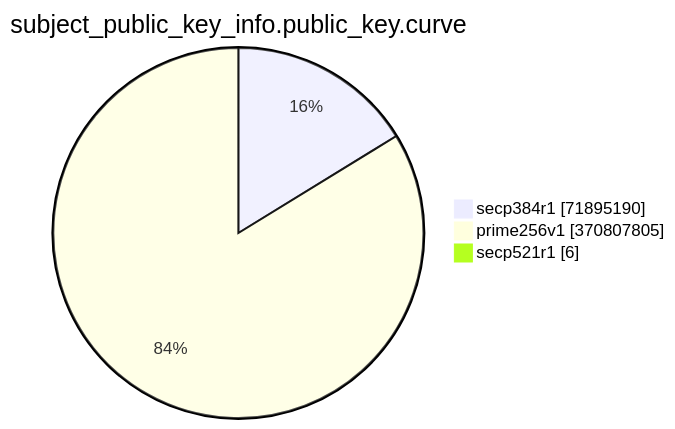
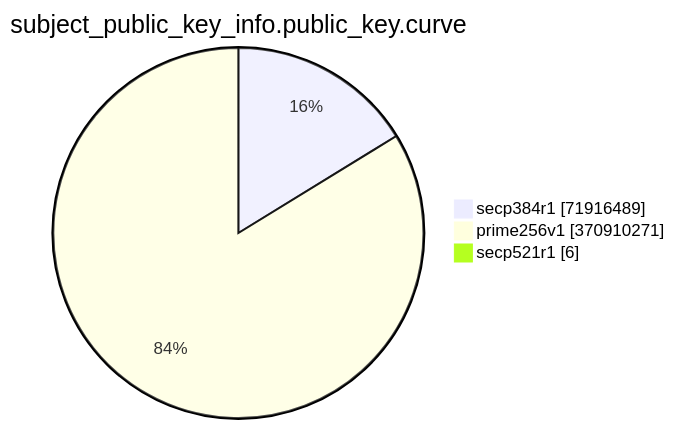
Before and after one commit to christiankrug/ctmonitor_visualization: the eighth of 15 diagrams in TOTAL/README.md, drawn with Mermaid. The commit also changed other lines of this file, not shown here.

````diff
--- a/TOTAL/README.md
+++ b/TOTAL/README.md
@@ -3092,7 +3092,7 @@
 ```mermaid
 pie showData
 title subject_public_key_info.public_key.curve
-"secp384r1" :71895190
-"prime256v1" :370807805
+"secp384r1" :71916489
+"prime256v1" :370910271
 "secp521r1" :6
 ```
````
